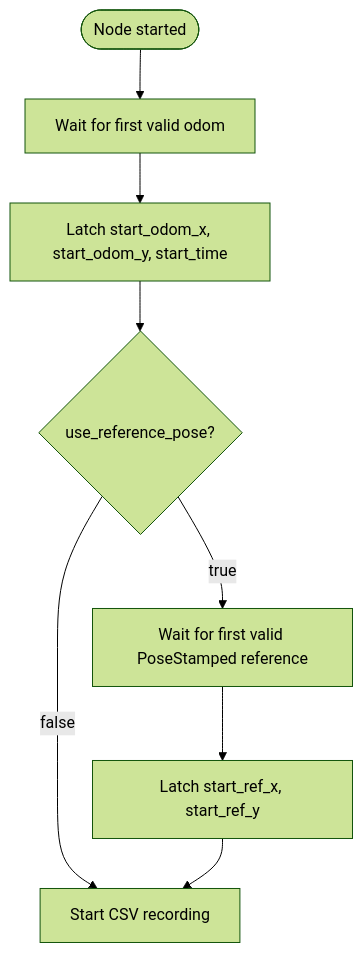
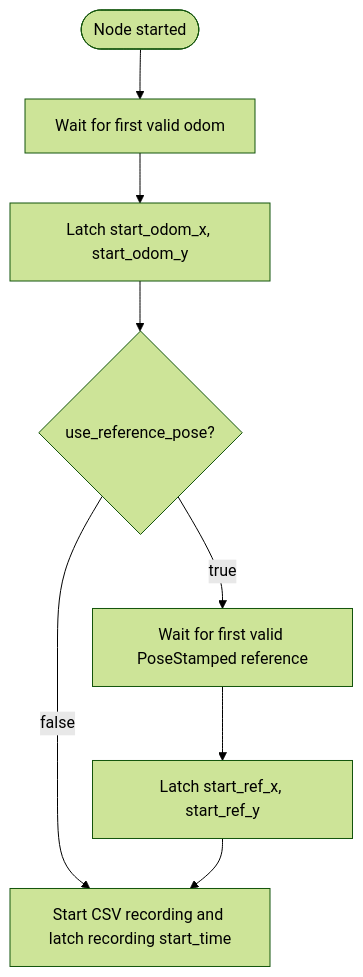
Before and after one commit to grade-e/odometry-calibrator: the fifth of 7 diagrams in src/odometry_calibrator/docs/usage_and_architecture.md, drawn with Mermaid (forest theme). The commit also changed other lines of this file, not shown here.

Commit message:
Fix architecture documentation for recorder timing and mock odom flow

````diff
--- a/src/odometry_calibrator/docs/usage_and_architecture.md
+++ b/src/odometry_calibrator/docs/usage_and_architecture.md
@@ -261,14 +263,14 @@
 ```mermaid
 flowchart TD
     Start([Node started])
     WaitOdom[Wait for first valid odom]
-    LatchOdom[Latch start_odom_x, start_odom_y, start_time]
+    LatchOdom[Latch start_odom_x, start_odom_y]
     UseRef{use_reference_pose?}
     WaitRef[Wait for first valid PoseStamped reference]
     LatchRef[Latch start_ref_x, start_ref_y]
-    Record[Start CSV recording]
+    Record[Start CSV recording and latch recording start_time]
 
     Start --> WaitOdom --> LatchOdom --> UseRef
     UseRef -->|false| Record
     UseRef -->|true| WaitRef --> LatchRef --> Record
 ```
````
